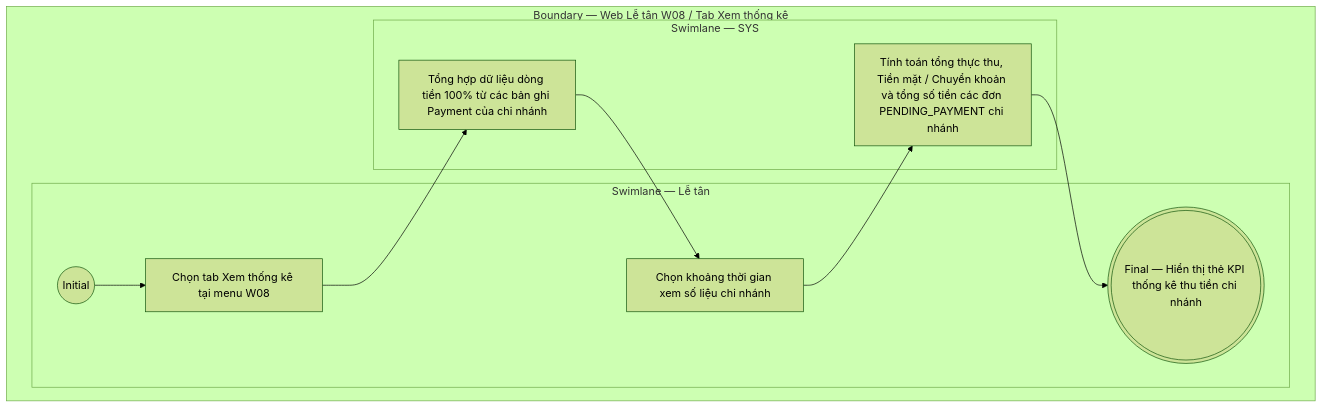
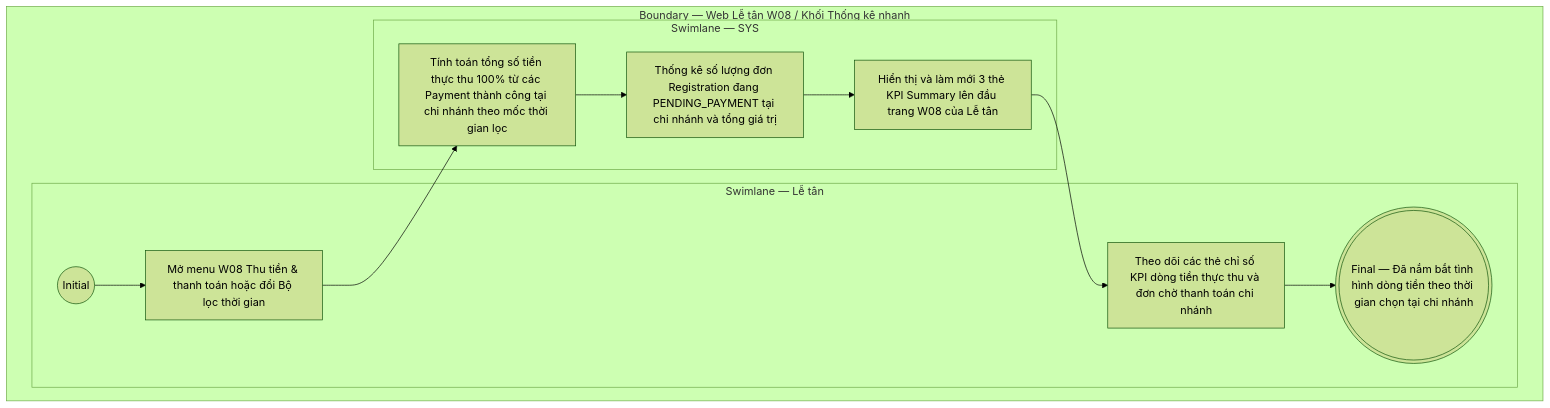
The diagram in docs/user-stories/le-tan/LT-W08-Thu tiền & thanh toán/LT-W08-US03-Xem thống kê.md (ThachY-23120411/Paradise-Gym-v2), drawn with Mermaid (forest theme) before and after one commit. The commit also changed other lines of this file and 97 other files, not shown here.

````diff
--- a/docs/user-stories/le-tan/LT-W08-Thu tiền & thanh toán/LT-W08-US03-Xem thống kê.md
+++ b/docs/user-stories/le-tan/LT-W08-Thu tiền & thanh toán/LT-W08-US03-Xem thống kê.md
@@ -29,17 +38,24 @@
 ```mermaid
 flowchart TB
-  subgraph B["Boundary — Web Lễ tân W08 / Tab Xem thống kê"]
+  subgraph B["Boundary — Web Lễ tân W08 / Khối Thống kê nhanh"]
     subgraph L0["Swimlane — Lễ tân"]
       I01(("Initial"))
-      A01["Chọn tab Xem thống kê tại menu W08"]
-      A02["Chọn khoảng thời gian xem số liệu chi nhánh"]
-      F01((("Final — Hiển thị thẻ KPI thống kê thu tiền chi nhánh")))
+      A01["Mở menu W08 Thu tiền & thanh toán hoặc đổi Bộ lọc thời gian"]
+      A02["Theo dõi các thẻ chỉ số KPI dòng tiền thực thu và đơn chờ thanh toán chi nhánh"]
+      F01((("Final — Đã nắm bắt tình hình dòng tiền theo thời gian chọn tại chi nhánh")))
+
       I01 --> A01
+      A02 --> F01
     end
     subgraph L1["Swimlane — SYS"]
-      S01["Tổng hợp dữ liệu dòng tiền 100% từ các bản ghi Payment của chi nhánh"]
-      S02["Tính toán tổng thực thu, Tiền mặt / Chuyển khoản và tổng số tiền các đơn PENDING_PAYMENT chi nhánh"]
-      A01 --> S01 --> A02 --> S02 --> F01
+      S01["Tính toán tổng số tiền thực thu 100% từ các Payment thành công tại chi nhánh theo mốc thời gian lọc"]
+      S02["Thống kê số lượng đơn Registration đang PENDING_PAYMENT tại chi nhánh và tổng giá trị"]
+      S03["Hiển thị và làm mới 3 thẻ KPI Summary lên đầu trang W08 của Lễ tân"]
+
+      A01 --> S01
+      S01 --> S02
+      S02 --> S03
+      S03 --> A02
     end
   end
 ```
````
